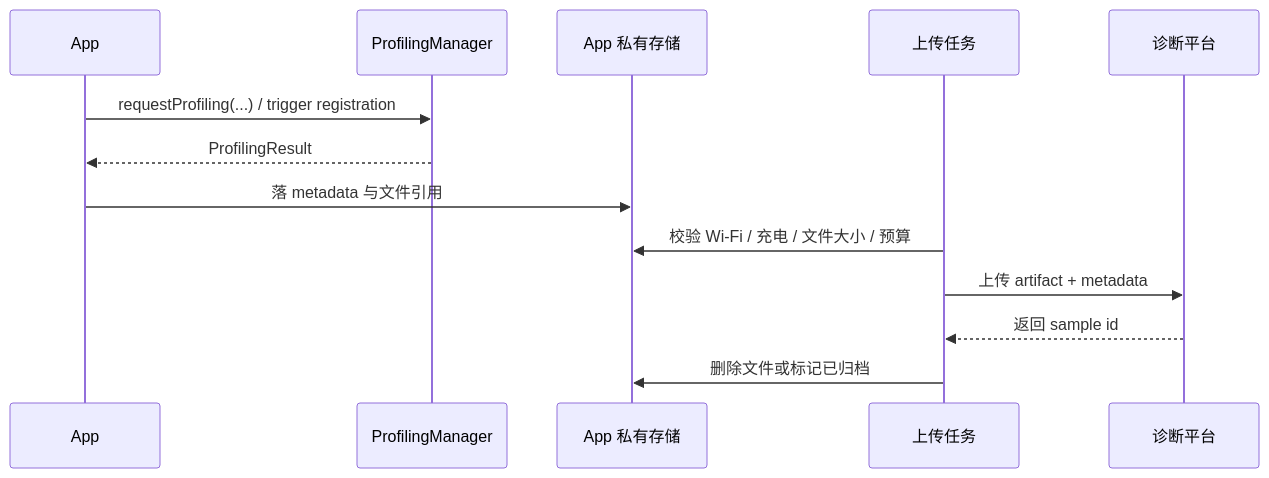
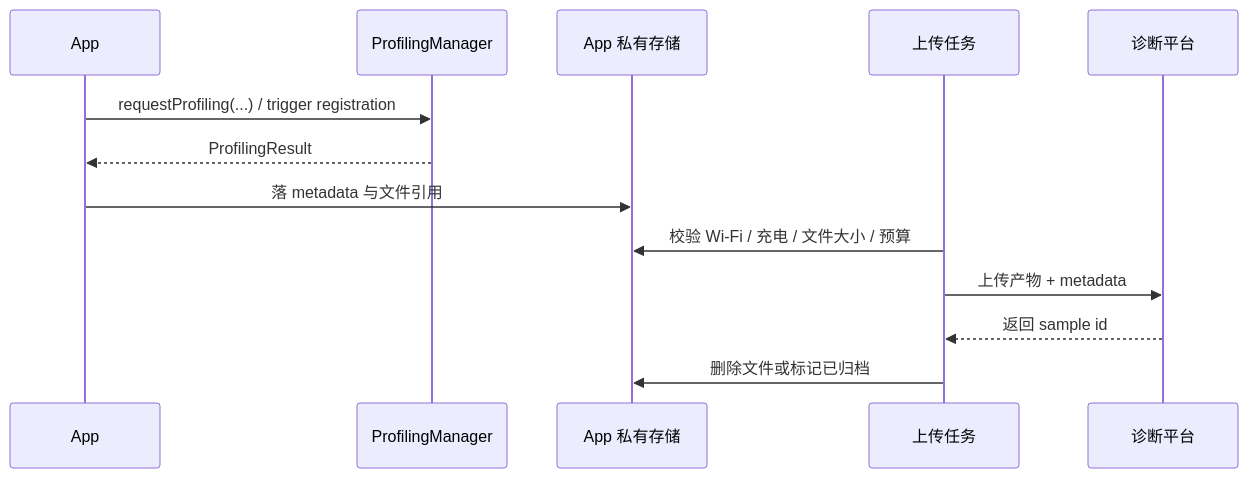
The diagram in src/part3-tools/ch19-apm/16-profiling-manager.md (Gracker/android-internals-wiki), drawn with Mermaid before and after one commit. The commit also changed other lines of this file and 1 other file, not shown here.

Commit message:
[openclaw] review: 19.16 ProfilingManager — revisiting review pass-light-edit（artifact→产物 5处，Task9 auto-fix 验证通过）

````diff
--- a/src/part3-tools/ch19-apm/16-profiling-manager.md
+++ b/src/part3-tools/ch19-apm/16-profiling-manager.md
@@ -214,16 +215,16 @@
 ```mermaid
 sequenceDiagram
     participant App
     participant PM as ProfilingManager
     participant Store as App 私有存储
     participant Upload as 上传任务
     participant Server as 诊断平台
 
     App->>PM: requestProfiling(...) / trigger registration
     PM-->>App: ProfilingResult
     App->>Store: 落 metadata 与文件引用
     Upload->>Store: 校验 Wi-Fi / 充电 / 文件大小 / 预算
-    Upload->>Server: 上传 artifact + metadata
+    Upload->>Server: 上传产物 + metadata
     Server-->>Upload: 返回 sample id
     Upload->>Store: 删除文件或标记已归档
 ```
````
